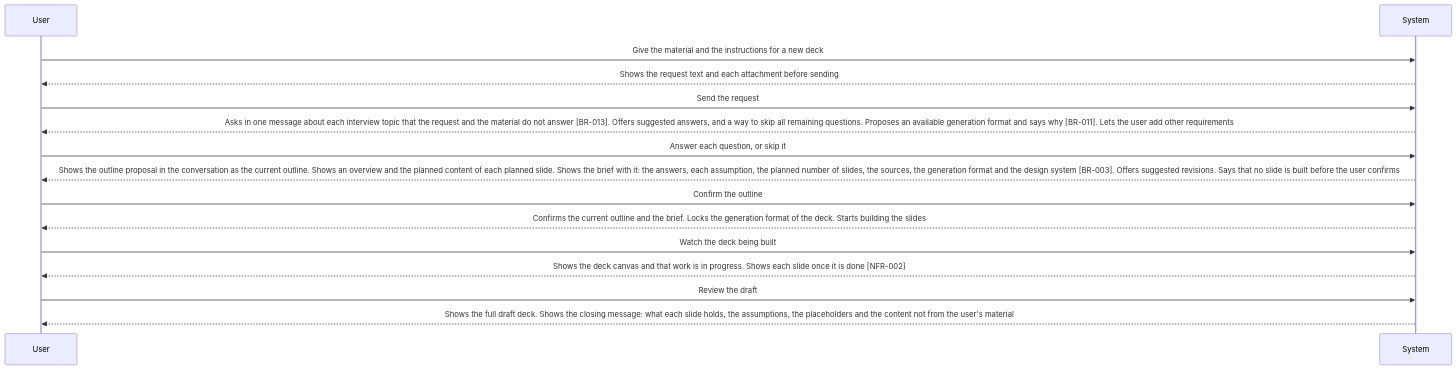
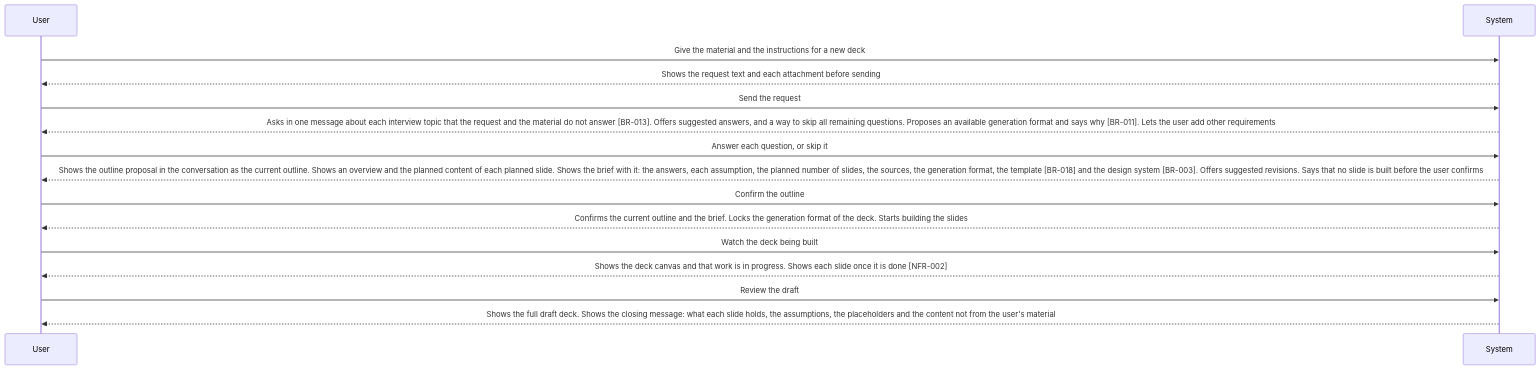
Before and after one commit to Luke23127006/DeckAgent: the diagram in dev/spec/02-use-cases/UC-001.md, drawn with Mermaid. The commit also changed other lines of this file and 21 other files, not shown here.

````diff
--- a/dev/spec/02-use-cases/UC-001.md
+++ b/dev/spec/02-use-cases/UC-001.md
@@ -16,17 +16,17 @@
 ```mermaid
 sequenceDiagram
   participant U as User
   participant S as System
   U->>S: Give the material and the instructions for a new deck
   S-->>U: Shows the request text and each attachment before sending
   U->>S: Send the request
   S-->>U: Asks in one message about each interview topic that the request and the material do not answer [BR-013]. Offers suggested answers, and a way to skip all remaining questions. Proposes an available generation format and says why [BR-011]. Lets the user add other requirements
   U->>S: Answer each question, or skip it
-  S-->>U: Shows the outline proposal in the conversation as the current outline. Shows an overview and the planned content of each planned slide. Shows the brief with it: the answers, each assumption, the planned number of slides, the sources, the generation format and the design system [BR-003]. Offers suggested revisions. Says that no slide is built before the user confirms
+  S-->>U: Shows the outline proposal in the conversation as the current outline. Shows an overview and the planned content of each planned slide. Shows the brief with it: the answers, each assumption, the planned number of slides, the sources, the generation format, the template [BR-018] and the design system [BR-003]. Offers suggested revisions. Says that no slide is built before the user confirms
   U->>S: Confirm the outline
   S-->>U: Confirms the current outline and the brief. Locks the generation format of the deck. Starts building the slides
   U->>S: Watch the deck being built
   S-->>U: Shows the deck canvas and that work is in progress. Shows each slide once it is done [NFR-002]
   U->>S: Review the draft
   S-->>U: Shows the full draft deck. Shows the closing message: what each slide holds, the assumptions, the placeholders and the content not from the user's material
 ```
````
